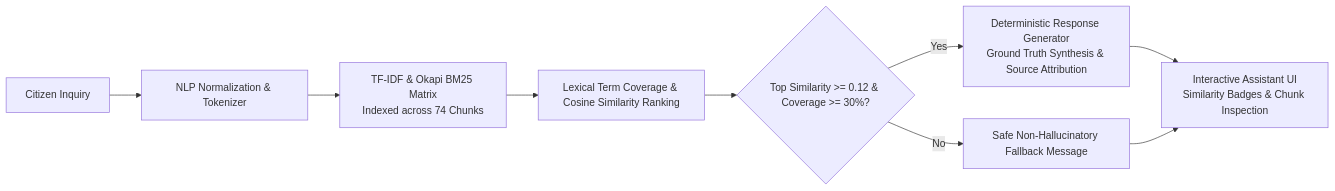
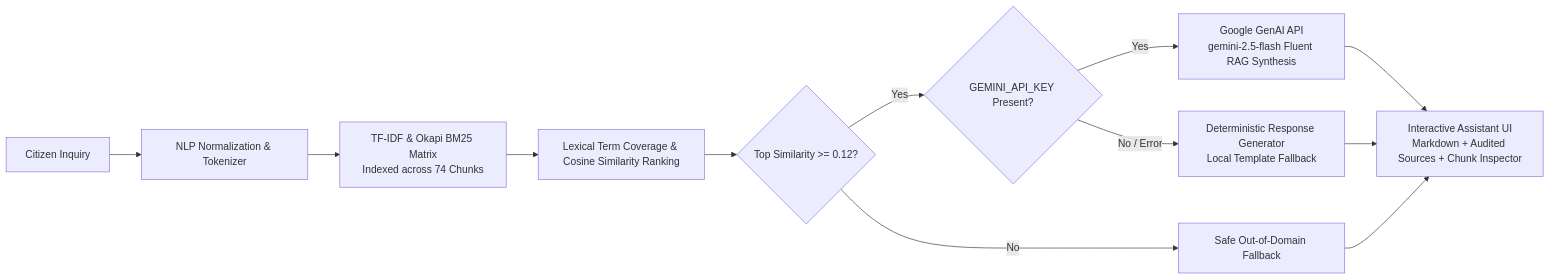
One commit to Shivam-codex/BTechMajor changed the second of 2 diagrams in README.md. Above: the diagram before and after it, drawn with Mermaid. The commit also changed other lines of this file and 37 other files, not shown here.

Commit message:
feat: implement multimodal complaint intake, speech transcription, visual priority inspection, and RAG assistant

````diff
--- a/README.md
+++ b/README.md
@@ -50,11 +57,14 @@
 ```mermaid
 flowchart LR
     Q[Citizen Inquiry] --> P[NLP Normalization & Tokenizer]
     P --> R[TF-IDF & Okapi BM25 Matrix\nIndexed across 74 Chunks]
     R --> S[Lexical Term Coverage & Cosine Similarity Ranking]
-    S --> T{Top Similarity >= 0.12 & Coverage >= 30%?}
-    T -- Yes --> U[Deterministic Response Generator\nGround Truth Synthesis & Source Attribution]
-    T -- No --> V[Safe Non-Hallucinatory Fallback Message]
-    U --> W[Interactive Assistant UI\nSimilarity Badges & Chunk Inspection]
-    V --> W
+    S --> T{Top Similarity >= 0.12?}
+    T -- Yes --> G{GEMINI_API_KEY Present?}
+    G -- Yes --> U[Google GenAI API\ngemini-2.5-flash Fluent RAG Synthesis]
+    G -- No / Error --> V[Deterministic Response Generator\nLocal Template Fallback]
+    T -- No --> W[Safe Out-of-Domain Fallback]
+    U --> X[Interactive Assistant UI\nMarkdown + Audited Sources + Chunk Inspector]
+    V --> X
+    W --> X
 ```
````
